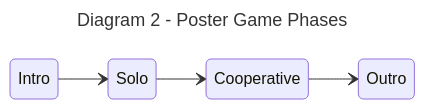
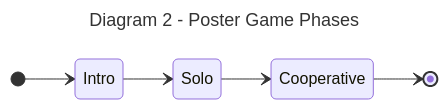
Diagram 11 of 11 in Annotation-rules-refactor.md (Dionysi/AnnotationTool-Release), drawn with Mermaid before and after one commit. The commit also changed other lines of this file, not shown here.

````diff
--- a/Annotation-rules-refactor.md
+++ b/Annotation-rules-refactor.md
@@ -256,10 +256,11 @@
 ```mermaid
 ---
 title: Diagram 2 - Poster Game Phases
 ---
 stateDiagram-v2
 direction LR
+    [*] --> Intro
     Intro --> Solo
     Solo --> Cooperative
-    Cooperative --> Outro
+    Cooperative --> [*]
 ```
````
